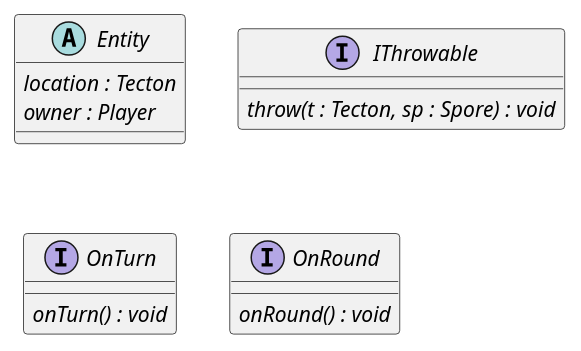
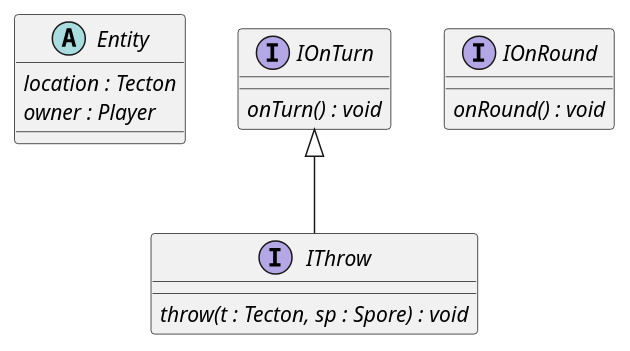
One commit to Petya-G/fungorium changed the diagram in 4/classes/core/core.puml. Above: the diagram before and after it, drawn with PlantUML. The commit also changed 8 other files, not shown here.

```diff
--- a/4/classes/core/core.puml
+++ b/4/classes/core/core.puml
@@ -1,20 +1,20 @@
 @startuml core
 
 abstract class Entity{
     {abstract} location : Tecton
     {abstract} owner : Player
 }
 
-interface IThrowable{
+interface IThrow implements IOnTurn{
     {abstract} throw(t : Tecton, sp : Spore) : void
 }
 
-interface OnTurn{
+interface IOnTurn{
     {abstract} onTurn() : void
 }
 
-interface OnRound{
+interface IOnRound{
     {abstract} onRound() : void
 }
 
 @enduml
```
